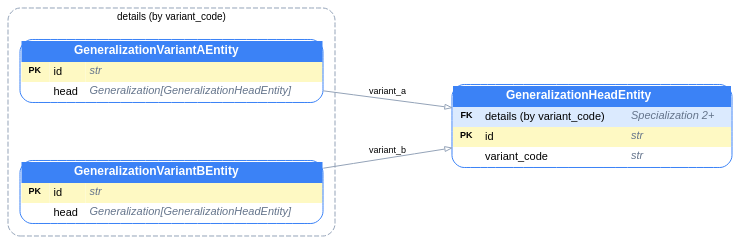
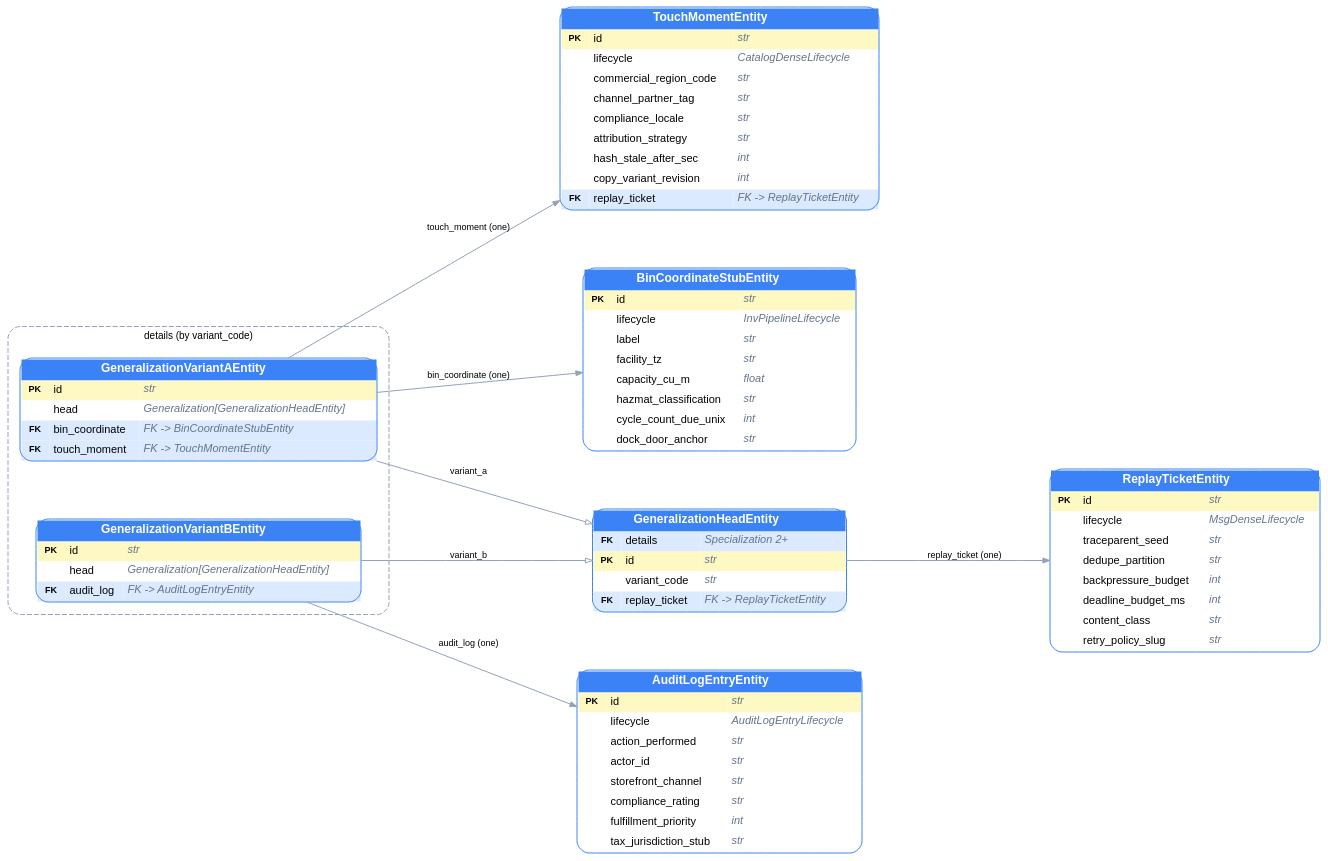
One commit to bystrovmaxim/aoa changed the diagram in specs/004-demonstrator-stand/contracts/stand-erd.dot. Above: the diagram before and after it, drawn with Graphviz. The commit also changed 5 other files, not shown here.

```diff
--- a/specs/004-demonstrator-stand/contracts/stand-erd.dot
+++ b/specs/004-demonstrator-stand/contracts/stand-erd.dot
@@ -10,14 +10,55 @@
     fontsize=10;
     margin=12;
   "aoa.demo.model.generalization_shapes.entities.generalization_entities.GeneralizationVariantAEntity" [label=<<TABLE BGCOLOR="white" BORDER="1" CELLBORDER="0" CELLSPACING="0" CELLPADDING="4" STYLE="ROUNDED" COLOR="#3b82f6"><TR><TD COLSPAN="3" BGCOLOR="#3b82f6" ALIGN="CENTER"><FONT COLOR="white" POINT-SIZE="12"><B>GeneralizationVariantAEntity</B></FONT></TD></TR><TR><TD BGCOLOR="#fef9c3" ALIGN="CENTER" WIDTH="28"><FONT POINT-SIZE="9"><B>PK</B></FONT></TD><TD BGCOLOR="#fef9c3" ALIGN="LEFT">id</TD><TD BGCOLOR="#fef9c3" ALIGN="LEFT"><FONT COLOR="#64748b"><I>str</I></FONT></TD></TR>
-      <TR><TD BGCOLOR="#ffffff" WIDTH="28"></TD><TD BGCOLOR="#ffffff" ALIGN="LEFT">head</TD><TD BGCOLOR="#ffffff" ALIGN="LEFT"><FONT COLOR="#64748b"><I>Generalization[GeneralizationHeadEntity]</I></FONT></TD></TR></TABLE>>]
+      <TR><TD BGCOLOR="#ffffff" WIDTH="28"></TD><TD BGCOLOR="#ffffff" ALIGN="LEFT">head</TD><TD BGCOLOR="#ffffff" ALIGN="LEFT"><FONT COLOR="#64748b"><I>Generalization[GeneralizationHeadEntity]</I></FONT></TD></TR>
+      <TR><TD BGCOLOR="#dbeafe" ALIGN="CENTER" WIDTH="28"><FONT POINT-SIZE="9"><B>FK</B></FONT></TD><TD BGCOLOR="#dbeafe" ALIGN="LEFT">bin_coordinate</TD><TD BGCOLOR="#dbeafe" ALIGN="LEFT"><FONT COLOR="#64748b"><I>FK -&gt; BinCoordinateStubEntity</I></FONT></TD></TR>
+      <TR><TD BGCOLOR="#dbeafe" ALIGN="CENTER" WIDTH="28"><FONT POINT-SIZE="9"><B>FK</B></FONT></TD><TD BGCOLOR="#dbeafe" ALIGN="LEFT">touch_moment</TD><TD BGCOLOR="#dbeafe" ALIGN="LEFT"><FONT COLOR="#64748b"><I>FK -&gt; TouchMomentEntity</I></FONT></TD></TR></TABLE>>]
   "aoa.demo.model.generalization_shapes.entities.generalization_entities.GeneralizationVariantBEntity" [label=<<TABLE BGCOLOR="white" BORDER="1" CELLBORDER="0" CELLSPACING="0" CELLPADDING="4" STYLE="ROUNDED" COLOR="#3b82f6"><TR><TD COLSPAN="3" BGCOLOR="#3b82f6" ALIGN="CENTER"><FONT COLOR="white" POINT-SIZE="12"><B>GeneralizationVariantBEntity</B></FONT></TD></TR><TR><TD BGCOLOR="#fef9c3" ALIGN="CENTER" WIDTH="28"><FONT POINT-SIZE="9"><B>PK</B></FONT></TD><TD BGCOLOR="#fef9c3" ALIGN="LEFT">id</TD><TD BGCOLOR="#fef9c3" ALIGN="LEFT"><FONT COLOR="#64748b"><I>str</I></FONT></TD></TR>
-      <TR><TD BGCOLOR="#ffffff" WIDTH="28"></TD><TD BGCOLOR="#ffffff" ALIGN="LEFT">head</TD><TD BGCOLOR="#ffffff" ALIGN="LEFT"><FONT COLOR="#64748b"><I>Generalization[GeneralizationHeadEntity]</I></FONT></TD></TR></TABLE>>]
+      <TR><TD BGCOLOR="#ffffff" WIDTH="28"></TD><TD BGCOLOR="#ffffff" ALIGN="LEFT">head</TD><TD BGCOLOR="#ffffff" ALIGN="LEFT"><FONT COLOR="#64748b"><I>Generalization[GeneralizationHeadEntity]</I></FONT></TD></TR>
+      <TR><TD BGCOLOR="#dbeafe" ALIGN="CENTER" WIDTH="28"><FONT POINT-SIZE="9"><B>FK</B></FONT></TD><TD BGCOLOR="#dbeafe" ALIGN="LEFT">audit_log</TD><TD BGCOLOR="#dbeafe" ALIGN="LEFT"><FONT COLOR="#64748b"><I>FK -&gt; AuditLogEntryEntity</I></FONT></TD></TR></TABLE>>]
   }
-  "aoa.demo.model.generalization_shapes.entities.generalization_entities.GeneralizationHeadEntity" [label=<<TABLE BGCOLOR="white" BORDER="1" CELLBORDER="0" CELLSPACING="0" CELLPADDING="4" STYLE="ROUNDED" COLOR="#3b82f6"><TR><TD COLSPAN="3" BGCOLOR="#3b82f6" ALIGN="CENTER"><FONT COLOR="white" POINT-SIZE="12"><B>GeneralizationHeadEntity</B></FONT></TD></TR><TR><TD BGCOLOR="#dbeafe" ALIGN="CENTER" WIDTH="28"><FONT POINT-SIZE="9"><B>FK</B></FONT></TD><TD BGCOLOR="#dbeafe" ALIGN="LEFT">details (by variant_code)</TD><TD BGCOLOR="#dbeafe" ALIGN="LEFT" TOOLTIP="variant_a → GeneralizationVariantAEntity&#10;variant_b → GeneralizationVariantBEntity"><FONT COLOR="#64748b"><I>Specialization 2+</I></FONT></TD></TR>
+  "aoa.demo.model.catalog.entities.catalog_touch_moment.TouchMomentEntity" [label=<<TABLE BGCOLOR="white" BORDER="1" CELLBORDER="0" CELLSPACING="0" CELLPADDING="4" STYLE="ROUNDED" COLOR="#3b82f6"><TR><TD COLSPAN="3" BGCOLOR="#3b82f6" ALIGN="CENTER"><FONT COLOR="white" POINT-SIZE="12"><B>TouchMomentEntity</B></FONT></TD></TR><TR><TD BGCOLOR="#fef9c3" ALIGN="CENTER" WIDTH="28"><FONT POINT-SIZE="9"><B>PK</B></FONT></TD><TD BGCOLOR="#fef9c3" ALIGN="LEFT">id</TD><TD BGCOLOR="#fef9c3" ALIGN="LEFT"><FONT COLOR="#64748b"><I>str</I></FONT></TD></TR>
+      <TR><TD BGCOLOR="#ffffff" WIDTH="28"></TD><TD BGCOLOR="#ffffff" ALIGN="LEFT">lifecycle</TD><TD BGCOLOR="#ffffff" ALIGN="LEFT"><FONT COLOR="#64748b"><I>CatalogDenseLifecycle</I></FONT></TD></TR>
+      <TR><TD BGCOLOR="#ffffff" WIDTH="28"></TD><TD BGCOLOR="#ffffff" ALIGN="LEFT">commercial_region_code</TD><TD BGCOLOR="#ffffff" ALIGN="LEFT"><FONT COLOR="#64748b"><I>str</I></FONT></TD></TR>
+      <TR><TD BGCOLOR="#ffffff" WIDTH="28"></TD><TD BGCOLOR="#ffffff" ALIGN="LEFT">channel_partner_tag</TD><TD BGCOLOR="#ffffff" ALIGN="LEFT"><FONT COLOR="#64748b"><I>str</I></FONT></TD></TR>
+      <TR><TD BGCOLOR="#ffffff" WIDTH="28"></TD><TD BGCOLOR="#ffffff" ALIGN="LEFT">compliance_locale</TD><TD BGCOLOR="#ffffff" ALIGN="LEFT"><FONT COLOR="#64748b"><I>str</I></FONT></TD></TR>
+      <TR><TD BGCOLOR="#ffffff" WIDTH="28"></TD><TD BGCOLOR="#ffffff" ALIGN="LEFT">attribution_strategy</TD><TD BGCOLOR="#ffffff" ALIGN="LEFT"><FONT COLOR="#64748b"><I>str</I></FONT></TD></TR>
+      <TR><TD BGCOLOR="#ffffff" WIDTH="28"></TD><TD BGCOLOR="#ffffff" ALIGN="LEFT">hash_stale_after_sec</TD><TD BGCOLOR="#ffffff" ALIGN="LEFT"><FONT COLOR="#64748b"><I>int</I></FONT></TD></TR>
+      <TR><TD BGCOLOR="#ffffff" WIDTH="28"></TD><TD BGCOLOR="#ffffff" ALIGN="LEFT">copy_variant_revision</TD><TD BGCOLOR="#ffffff" ALIGN="LEFT"><FONT COLOR="#64748b"><I>int</I></FONT></TD></TR>
+      <TR><TD BGCOLOR="#dbeafe" ALIGN="CENTER" WIDTH="28"><FONT POINT-SIZE="9"><B>FK</B></FONT></TD><TD BGCOLOR="#dbeafe" ALIGN="LEFT">replay_ticket</TD><TD BGCOLOR="#dbeafe" ALIGN="LEFT"><FONT COLOR="#64748b"><I>FK -&gt; ReplayTicketEntity</I></FONT></TD></TR></TABLE>>]
+  "aoa.demo.model.generalization_shapes.entities.generalization_entities.GeneralizationHeadEntity" [label=<<TABLE BGCOLOR="white" BORDER="1" CELLBORDER="0" CELLSPACING="0" CELLPADDING="4" STYLE="ROUNDED" COLOR="#3b82f6"><TR><TD COLSPAN="3" BGCOLOR="#3b82f6" ALIGN="CENTER"><FONT COLOR="white" POINT-SIZE="12"><B>GeneralizationHeadEntity</B></FONT></TD></TR><TR><TD BGCOLOR="#dbeafe" ALIGN="CENTER" WIDTH="28"><FONT POINT-SIZE="9"><B>FK</B></FONT></TD><TD BGCOLOR="#dbeafe" ALIGN="LEFT">details</TD><TD BGCOLOR="#dbeafe" ALIGN="LEFT" TOOLTIP="variant_a → GeneralizationVariantAEntity&#10;variant_b → GeneralizationVariantBEntity"><FONT COLOR="#64748b"><I>Specialization 2+</I></FONT></TD></TR>
       <TR><TD BGCOLOR="#fef9c3" ALIGN="CENTER" WIDTH="28"><FONT POINT-SIZE="9"><B>PK</B></FONT></TD><TD BGCOLOR="#fef9c3" ALIGN="LEFT">id</TD><TD BGCOLOR="#fef9c3" ALIGN="LEFT"><FONT COLOR="#64748b"><I>str</I></FONT></TD></TR>
-      <TR><TD BGCOLOR="#ffffff" WIDTH="28"></TD><TD BGCOLOR="#ffffff" ALIGN="LEFT">variant_code</TD><TD BGCOLOR="#ffffff" ALIGN="LEFT"><FONT COLOR="#64748b"><I>str</I></FONT></TD></TR></TABLE>>]
+      <TR><TD BGCOLOR="#ffffff" WIDTH="28"></TD><TD BGCOLOR="#ffffff" ALIGN="LEFT">variant_code</TD><TD BGCOLOR="#ffffff" ALIGN="LEFT"><FONT COLOR="#64748b"><I>str</I></FONT></TD></TR>
+      <TR><TD BGCOLOR="#dbeafe" ALIGN="CENTER" WIDTH="28"><FONT POINT-SIZE="9"><B>FK</B></FONT></TD><TD BGCOLOR="#dbeafe" ALIGN="LEFT">replay_ticket</TD><TD BGCOLOR="#dbeafe" ALIGN="LEFT"><FONT COLOR="#64748b"><I>FK -&gt; ReplayTicketEntity</I></FONT></TD></TR></TABLE>>]
+  "aoa.demo.model.inventory.entities.inv_bin_coordinate_stub.BinCoordinateStubEntity" [label=<<TABLE BGCOLOR="white" BORDER="1" CELLBORDER="0" CELLSPACING="0" CELLPADDING="4" STYLE="ROUNDED" COLOR="#3b82f6"><TR><TD COLSPAN="3" BGCOLOR="#3b82f6" ALIGN="CENTER"><FONT COLOR="white" POINT-SIZE="12"><B>BinCoordinateStubEntity</B></FONT></TD></TR><TR><TD BGCOLOR="#fef9c3" ALIGN="CENTER" WIDTH="28"><FONT POINT-SIZE="9"><B>PK</B></FONT></TD><TD BGCOLOR="#fef9c3" ALIGN="LEFT">id</TD><TD BGCOLOR="#fef9c3" ALIGN="LEFT"><FONT COLOR="#64748b"><I>str</I></FONT></TD></TR>
+      <TR><TD BGCOLOR="#ffffff" WIDTH="28"></TD><TD BGCOLOR="#ffffff" ALIGN="LEFT">lifecycle</TD><TD BGCOLOR="#ffffff" ALIGN="LEFT"><FONT COLOR="#64748b"><I>InvPipelineLifecycle</I></FONT></TD></TR>
+      <TR><TD BGCOLOR="#ffffff" WIDTH="28"></TD><TD BGCOLOR="#ffffff" ALIGN="LEFT">label</TD><TD BGCOLOR="#ffffff" ALIGN="LEFT"><FONT COLOR="#64748b"><I>str</I></FONT></TD></TR>
+      <TR><TD BGCOLOR="#ffffff" WIDTH="28"></TD><TD BGCOLOR="#ffffff" ALIGN="LEFT">facility_tz</TD><TD BGCOLOR="#ffffff" ALIGN="LEFT"><FONT COLOR="#64748b"><I>str</I></FONT></TD></TR>
+      <TR><TD BGCOLOR="#ffffff" WIDTH="28"></TD><TD BGCOLOR="#ffffff" ALIGN="LEFT">capacity_cu_m</TD><TD BGCOLOR="#ffffff" ALIGN="LEFT"><FONT COLOR="#64748b"><I>float</I></FONT></TD></TR>
+      <TR><TD BGCOLOR="#ffffff" WIDTH="28"></TD><TD BGCOLOR="#ffffff" ALIGN="LEFT">hazmat_classification</TD><TD BGCOLOR="#ffffff" ALIGN="LEFT"><FONT COLOR="#64748b"><I>str</I></FONT></TD></TR>
+      <TR><TD BGCOLOR="#ffffff" WIDTH="28"></TD><TD BGCOLOR="#ffffff" ALIGN="LEFT">cycle_count_due_unix</TD><TD BGCOLOR="#ffffff" ALIGN="LEFT"><FONT COLOR="#64748b"><I>int</I></FONT></TD></TR>
+      <TR><TD BGCOLOR="#ffffff" WIDTH="28"></TD><TD BGCOLOR="#ffffff" ALIGN="LEFT">dock_door_anchor</TD><TD BGCOLOR="#ffffff" ALIGN="LEFT"><FONT COLOR="#64748b"><I>str</I></FONT></TD></TR></TABLE>>]
+  "aoa.demo.model.messaging.entities.msg_replay_ticket.ReplayTicketEntity" [label=<<TABLE BGCOLOR="white" BORDER="1" CELLBORDER="0" CELLSPACING="0" CELLPADDING="4" STYLE="ROUNDED" COLOR="#3b82f6"><TR><TD COLSPAN="3" BGCOLOR="#3b82f6" ALIGN="CENTER"><FONT COLOR="white" POINT-SIZE="12"><B>ReplayTicketEntity</B></FONT></TD></TR><TR><TD BGCOLOR="#fef9c3" ALIGN="CENTER" WIDTH="28"><FONT POINT-SIZE="9"><B>PK</B></FONT></TD><TD BGCOLOR="#fef9c3" ALIGN="LEFT">id</TD><TD BGCOLOR="#fef9c3" ALIGN="LEFT"><FONT COLOR="#64748b"><I>str</I></FONT></TD></TR>
+      <TR><TD BGCOLOR="#ffffff" WIDTH="28"></TD><TD BGCOLOR="#ffffff" ALIGN="LEFT">lifecycle</TD><TD BGCOLOR="#ffffff" ALIGN="LEFT"><FONT COLOR="#64748b"><I>MsgDenseLifecycle</I></FONT></TD></TR>
+      <TR><TD BGCOLOR="#ffffff" WIDTH="28"></TD><TD BGCOLOR="#ffffff" ALIGN="LEFT">traceparent_seed</TD><TD BGCOLOR="#ffffff" ALIGN="LEFT"><FONT COLOR="#64748b"><I>str</I></FONT></TD></TR>
+      <TR><TD BGCOLOR="#ffffff" WIDTH="28"></TD><TD BGCOLOR="#ffffff" ALIGN="LEFT">dedupe_partition</TD><TD BGCOLOR="#ffffff" ALIGN="LEFT"><FONT COLOR="#64748b"><I>str</I></FONT></TD></TR>
+      <TR><TD BGCOLOR="#ffffff" WIDTH="28"></TD><TD BGCOLOR="#ffffff" ALIGN="LEFT">backpressure_budget</TD><TD BGCOLOR="#ffffff" ALIGN="LEFT"><FONT COLOR="#64748b"><I>int</I></FONT></TD></TR>
+      <TR><TD BGCOLOR="#ffffff" WIDTH="28"></TD><TD BGCOLOR="#ffffff" ALIGN="LEFT">deadline_budget_ms</TD><TD BGCOLOR="#ffffff" ALIGN="LEFT"><FONT COLOR="#64748b"><I>int</I></FONT></TD></TR>
+      <TR><TD BGCOLOR="#ffffff" WIDTH="28"></TD><TD BGCOLOR="#ffffff" ALIGN="LEFT">content_class</TD><TD BGCOLOR="#ffffff" ALIGN="LEFT"><FONT COLOR="#64748b"><I>str</I></FONT></TD></TR>
+      <TR><TD BGCOLOR="#ffffff" WIDTH="28"></TD><TD BGCOLOR="#ffffff" ALIGN="LEFT">retry_policy_slug</TD><TD BGCOLOR="#ffffff" ALIGN="LEFT"><FONT COLOR="#64748b"><I>str</I></FONT></TD></TR></TABLE>>]
+  "aoa.demo.model.store.entities.audit_log_entry.AuditLogEntryEntity" [label=<<TABLE BGCOLOR="white" BORDER="1" CELLBORDER="0" CELLSPACING="0" CELLPADDING="4" STYLE="ROUNDED" COLOR="#3b82f6"><TR><TD COLSPAN="3" BGCOLOR="#3b82f6" ALIGN="CENTER"><FONT COLOR="white" POINT-SIZE="12"><B>AuditLogEntryEntity</B></FONT></TD></TR><TR><TD BGCOLOR="#fef9c3" ALIGN="CENTER" WIDTH="28"><FONT POINT-SIZE="9"><B>PK</B></FONT></TD><TD BGCOLOR="#fef9c3" ALIGN="LEFT">id</TD><TD BGCOLOR="#fef9c3" ALIGN="LEFT"><FONT COLOR="#64748b"><I>str</I></FONT></TD></TR>
+      <TR><TD BGCOLOR="#ffffff" WIDTH="28"></TD><TD BGCOLOR="#ffffff" ALIGN="LEFT">lifecycle</TD><TD BGCOLOR="#ffffff" ALIGN="LEFT"><FONT COLOR="#64748b"><I>AuditLogEntryLifecycle</I></FONT></TD></TR>
+      <TR><TD BGCOLOR="#ffffff" WIDTH="28"></TD><TD BGCOLOR="#ffffff" ALIGN="LEFT">action_performed</TD><TD BGCOLOR="#ffffff" ALIGN="LEFT"><FONT COLOR="#64748b"><I>str</I></FONT></TD></TR>
+      <TR><TD BGCOLOR="#ffffff" WIDTH="28"></TD><TD BGCOLOR="#ffffff" ALIGN="LEFT">actor_id</TD><TD BGCOLOR="#ffffff" ALIGN="LEFT"><FONT COLOR="#64748b"><I>str</I></FONT></TD></TR>
+      <TR><TD BGCOLOR="#ffffff" WIDTH="28"></TD><TD BGCOLOR="#ffffff" ALIGN="LEFT">storefront_channel</TD><TD BGCOLOR="#ffffff" ALIGN="LEFT"><FONT COLOR="#64748b"><I>str</I></FONT></TD></TR>
+      <TR><TD BGCOLOR="#ffffff" WIDTH="28"></TD><TD BGCOLOR="#ffffff" ALIGN="LEFT">compliance_rating</TD><TD BGCOLOR="#ffffff" ALIGN="LEFT"><FONT COLOR="#64748b"><I>str</I></FONT></TD></TR>
+      <TR><TD BGCOLOR="#ffffff" WIDTH="28"></TD><TD BGCOLOR="#ffffff" ALIGN="LEFT">fulfillment_priority</TD><TD BGCOLOR="#ffffff" ALIGN="LEFT"><FONT COLOR="#64748b"><I>int</I></FONT></TD></TR>
+      <TR><TD BGCOLOR="#ffffff" WIDTH="28"></TD><TD BGCOLOR="#ffffff" ALIGN="LEFT">tax_jurisdiction_stub</TD><TD BGCOLOR="#ffffff" ALIGN="LEFT"><FONT COLOR="#64748b"><I>str</I></FONT></TD></TR></TABLE>>]
 
+  "aoa.demo.model.generalization_shapes.entities.generalization_entities.GeneralizationHeadEntity" -> "aoa.demo.model.messaging.entities.msg_replay_ticket.ReplayTicketEntity" [label="replay_ticket (one)" fontsize=9]
+  "aoa.demo.model.generalization_shapes.entities.generalization_entities.GeneralizationVariantAEntity" -> "aoa.demo.model.catalog.entities.catalog_touch_moment.TouchMomentEntity" [label="touch_moment (one)" fontsize=9]
+  "aoa.demo.model.generalization_shapes.entities.generalization_entities.GeneralizationVariantAEntity" -> "aoa.demo.model.inventory.entities.inv_bin_coordinate_stub.BinCoordinateStubEntity" [label="bin_coordinate (one)" fontsize=9]
+  "aoa.demo.model.generalization_shapes.entities.generalization_entities.GeneralizationVariantBEntity" -> "aoa.demo.model.store.entities.audit_log_entry.AuditLogEntryEntity" [label="audit_log (one)" fontsize=9]
   "aoa.demo.model.generalization_shapes.entities.generalization_entities.GeneralizationVariantAEntity" -> "aoa.demo.model.generalization_shapes.entities.generalization_entities.GeneralizationHeadEntity" [label="variant_a" fontsize=9 arrowhead=empty]
   "aoa.demo.model.generalization_shapes.entities.generalization_entities.GeneralizationVariantBEntity" -> "aoa.demo.model.generalization_shapes.entities.generalization_entities.GeneralizationHeadEntity" [label="variant_b" fontsize=9 arrowhead=empty]
 }
```
